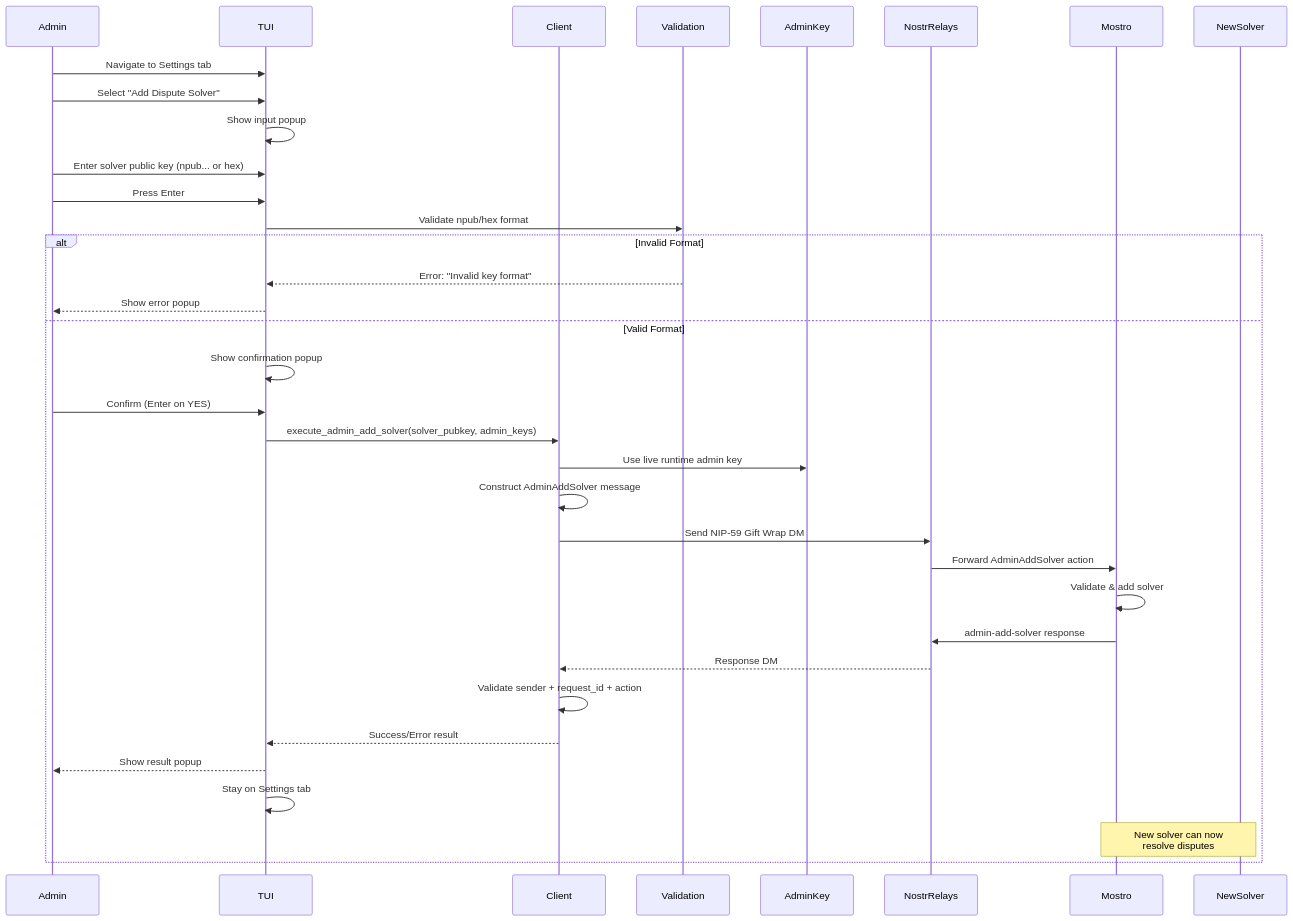
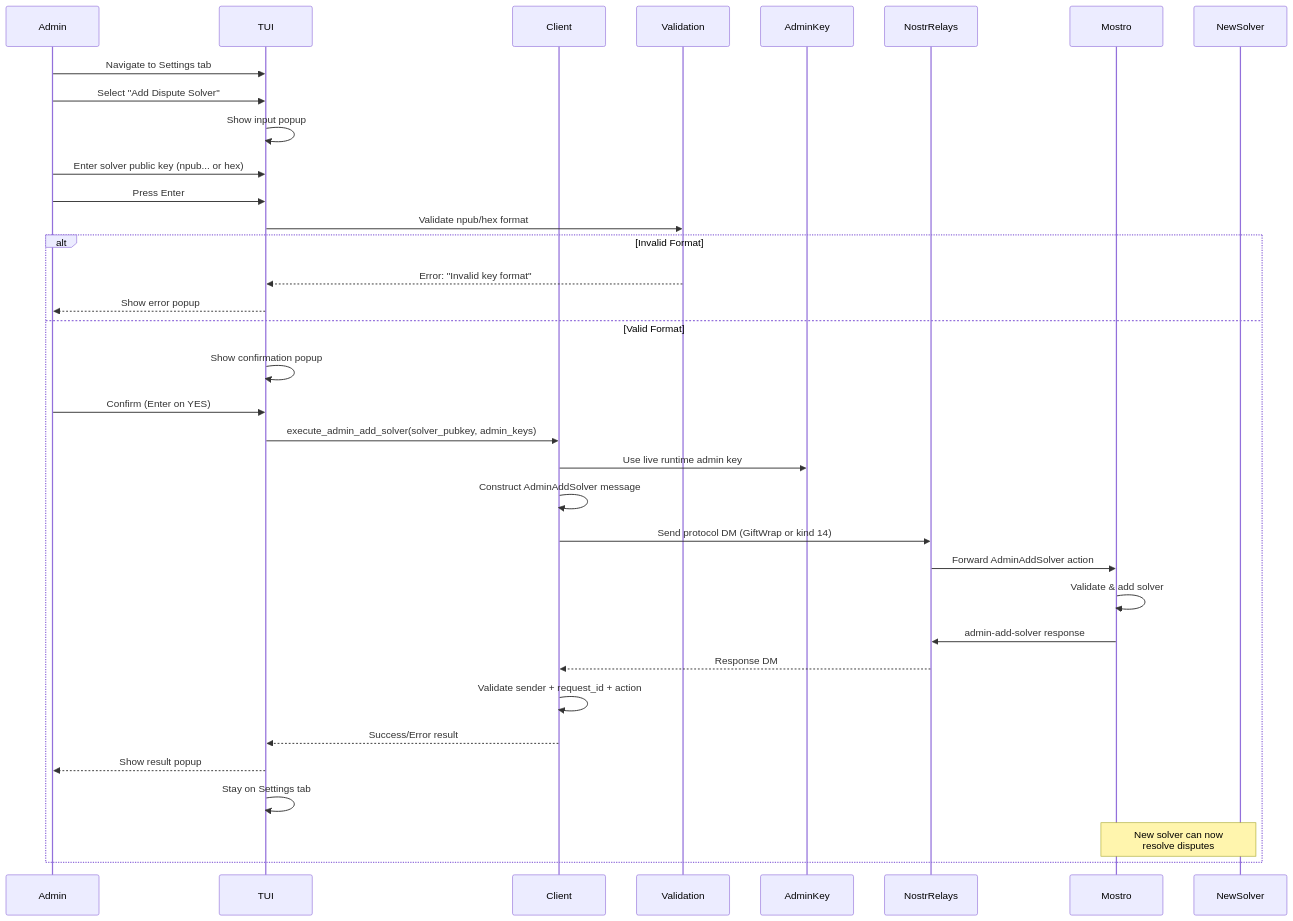
One commit to MostroP2P/mostrix changed the third of 5 diagrams in docs/ADMIN_DISPUTES.md. Above: the diagram before and after it, drawn with Mermaid. The commit also changed other lines of this file and 13 other files, not shown here.

First line of the commit message:
docs(chat): Step 7 — sweep GiftWrap-only P2P wording and harden tests

````diff
--- a/docs/ADMIN_DISPUTES.md
+++ b/docs/ADMIN_DISPUTES.md
@@ -439,38 +438,38 @@
 ```mermaid
 sequenceDiagram
     participant Admin
     participant TUI
     participant Client
     participant Validation
     participant AdminKey
     participant NostrRelays
     participant Mostro
     participant NewSolver
 
     Admin->>TUI: Navigate to Settings tab
     Admin->>TUI: Select "Add Dispute Solver"
     TUI->>TUI: Show input popup
     Admin->>TUI: Enter solver public key (npub... or hex)
     Admin->>TUI: Press Enter
     TUI->>Validation: Validate npub/hex format
     alt Invalid Format
         Validation-->>TUI: Error: "Invalid key format"
         TUI-->>Admin: Show error popup
     else Valid Format
         TUI->>TUI: Show confirmation popup
         Admin->>TUI: Confirm (Enter on YES)
         TUI->>Client: execute_admin_add_solver(solver_pubkey, admin_keys)
         Client->>AdminKey: Use live runtime admin key
         Client->>Client: Construct AdminAddSolver message
-        Client->>NostrRelays: Send NIP-59 Gift Wrap DM
+        Client->>NostrRelays: Send protocol DM (GiftWrap or kind 14)
         NostrRelays->>Mostro: Forward AdminAddSolver action
         Mostro->>Mostro: Validate & add solver
         Mostro->>NostrRelays: admin-add-solver response
         NostrRelays-->>Client: Response DM
         Client->>Client: Validate sender + request_id + action
         Client-->>TUI: Success/Error result
         TUI-->>Admin: Show result popup
         TUI->>TUI: Stay on Settings tab
         Note over Mostro,NewSolver: New solver can now<br/>resolve disputes
     end
 ```
````
